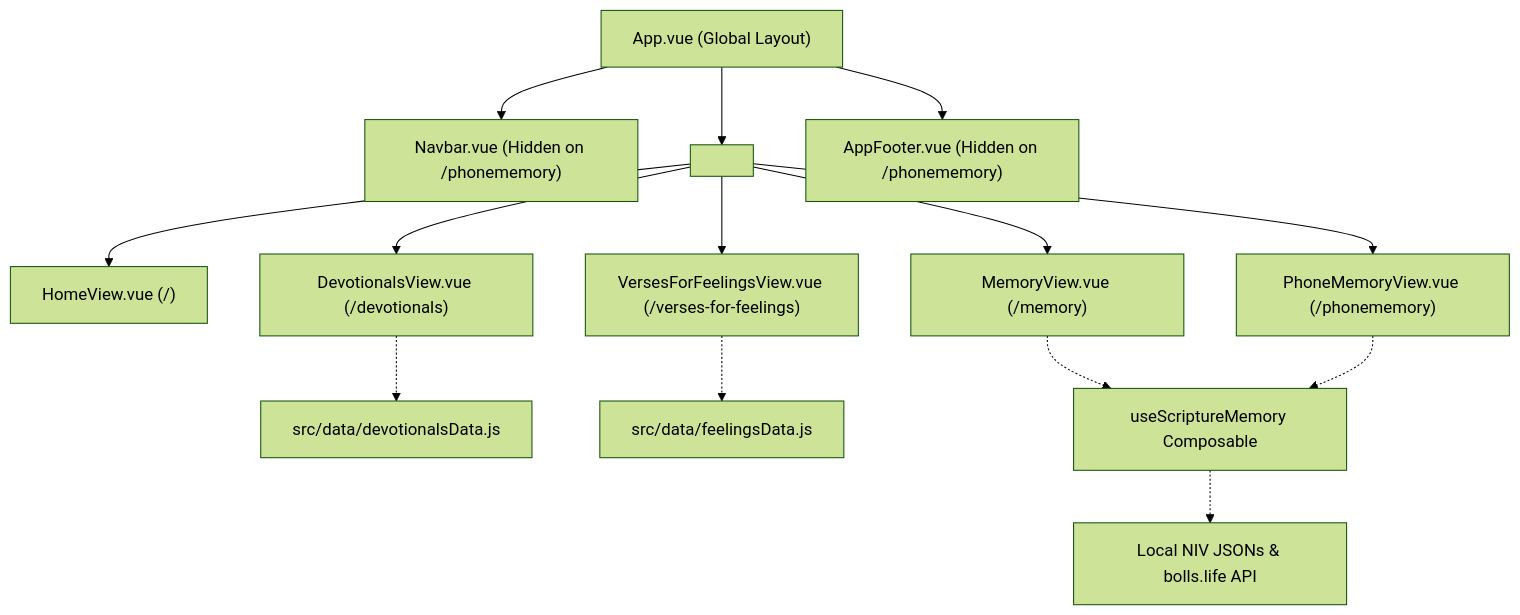
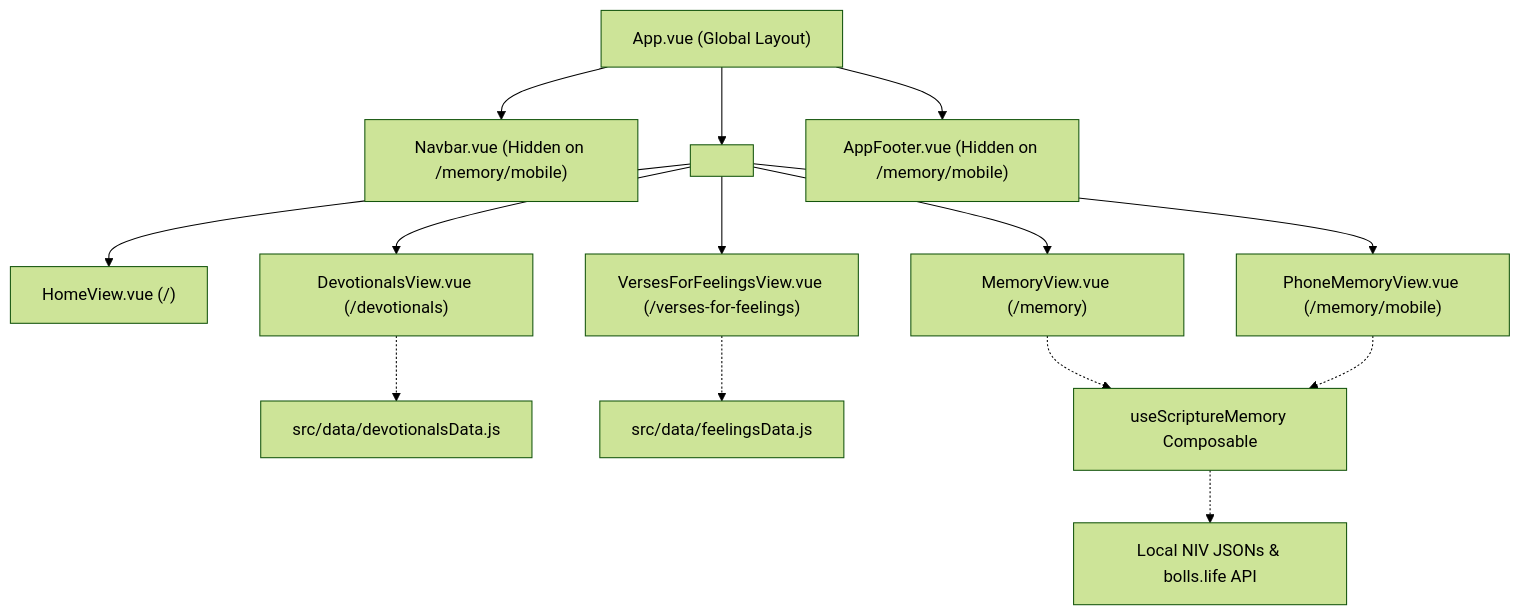
One commit to haftel/bible-station changed the diagram in spec.md. Above: the diagram before and after it, drawn with Mermaid (forest theme). The commit also changed other lines of this file and 5 other files, not shown here.

Commit message:
feat: move mobile memory to /memory/mobile, add auto-redirect, replace scramble with grammatical word choice

````diff
--- a/spec.md
+++ b/spec.md
@@ -11,19 +11,19 @@
 ```mermaid
 graph TD
     App["App.vue (Global Layout)"]
-    App --> Nav["Navbar.vue (Hidden on /phonememory)"]
+    App --> Nav["Navbar.vue (Hidden on /memory/mobile)"]
     App --> RouterView["<router-view />"]
-    App --> Footer["AppFooter.vue (Hidden on /phonememory)"]
+    App --> Footer["AppFooter.vue (Hidden on /memory/mobile)"]
     
     RouterView --> Home["HomeView.vue (/)"]
     RouterView --> Devotionals["DevotionalsView.vue (/devotionals)"]
     RouterView --> Memory["MemoryView.vue (/memory)"]
-    RouterView --> PhoneMemory["PhoneMemoryView.vue (/phonememory)"]
+    RouterView --> PhoneMemory["PhoneMemoryView.vue (/memory/mobile)"]
     RouterView --> Feelings["VersesForFeelingsView.vue (/verses-for-feelings)"]
     
     Devotionals -.-> DevData["src/data/devotionalsData.js"]
     Feelings -.-> FeelData["src/data/feelingsData.js"]
     Memory -.-> MemoryEngine["useScriptureMemory Composable"]
     PhoneMemory -.-> MemoryEngine
     MemoryEngine -.-> BibleAPI["Local NIV JSONs & bolls.life API"]
 ```
````
